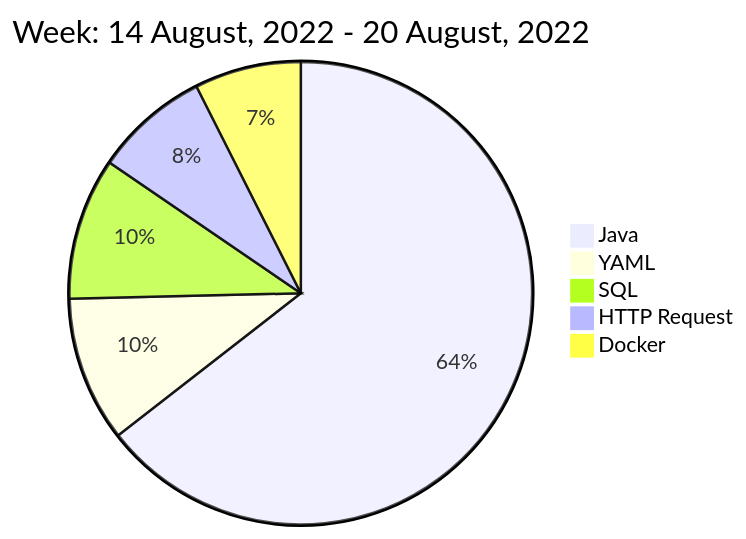
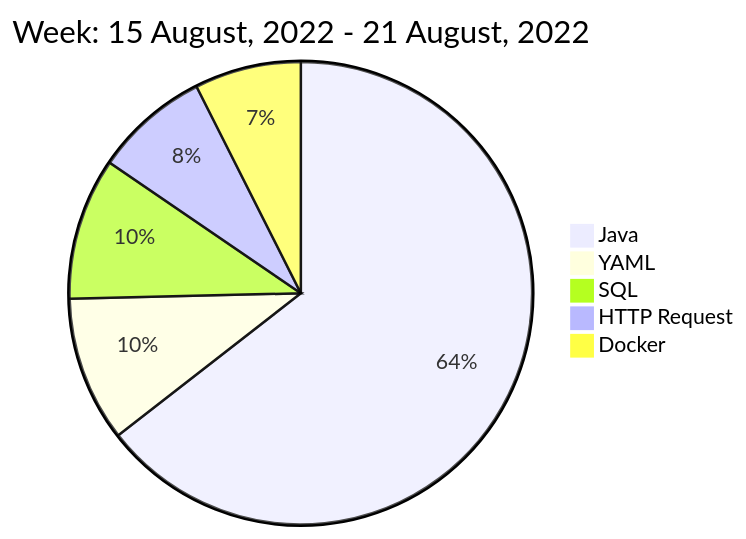
Before and after one commit to liubin95/liubin95: the diagram in README.md, drawn with Mermaid.

Commit message:
Updated the Graph with new Metrics

````diff
--- a/README.md
+++ b/README.md
@@ -40,9 +40,9 @@
 ```mermaid
  pie
-title Week: 14 August, 2022 - 20 August, 2022
+title Week: 15 August, 2022 - 21 August, 2022
  "Java" : 14.3
  "YAML" : 2.25
  "SQL" : 2.2
  "HTTP Request" : 1.78
  "Docker" : 1.65
 ```
````
